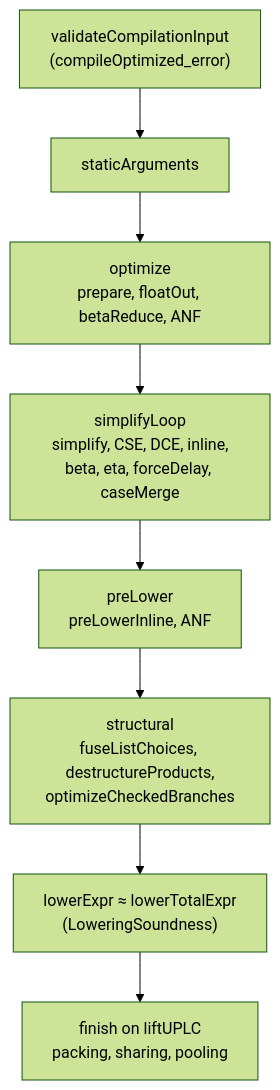
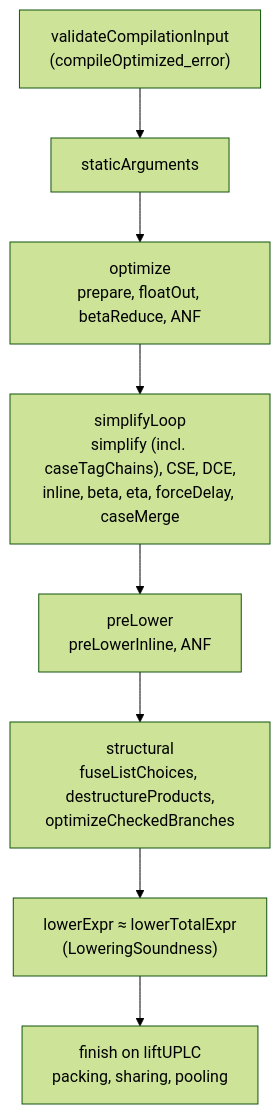
The diagram in docs/MIR-Pipeline-Soundness.md (SeungheonOh/Moist), drawn with Mermaid (forest theme) before and after one commit. The commit also changed other lines of this file and 5 other files, not shown here.

````diff
--- a/docs/MIR-Pipeline-Soundness.md
+++ b/docs/MIR-Pipeline-Soundness.md
@@ -48,10 +48,10 @@
 ```mermaid
 graph TD
   V["validateCompilationInput<br>(compileOptimized_error)"] --> S["staticArguments"]
   S --> O["optimize<br>prepare, floatOut, betaReduce, ANF"]
-  O --> L["simplifyLoop<br>simplify, CSE, DCE, inline,<br>beta, eta, forceDelay, caseMerge"]
+  O --> L["simplifyLoop<br>simplify (incl. caseTagChains), CSE, DCE,<br>inline, beta, eta, forceDelay, caseMerge"]
   L --> P["preLower<br>preLowerInline, ANF"]
   P --> T["structural<br>fuseListChoices, destructureProducts,<br>optimizeCheckedBranches"]
   T --> W["lowerExpr ≈ lowerTotalExpr<br>(LoweringSoundness)"]
   W --> F["finish on liftUPLC<br>packing, sharing, pooling"]
 ```
````
